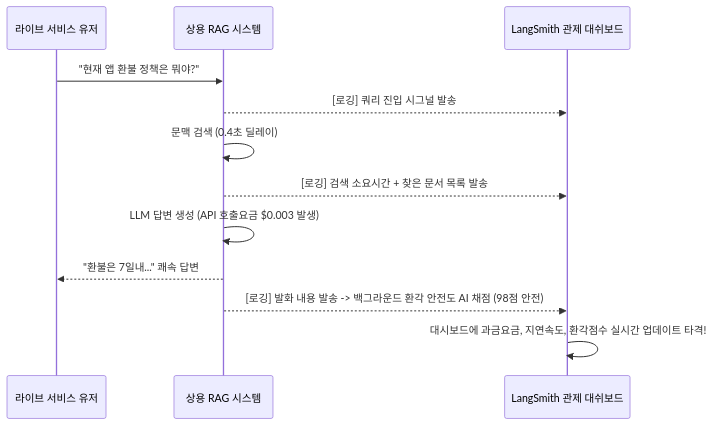
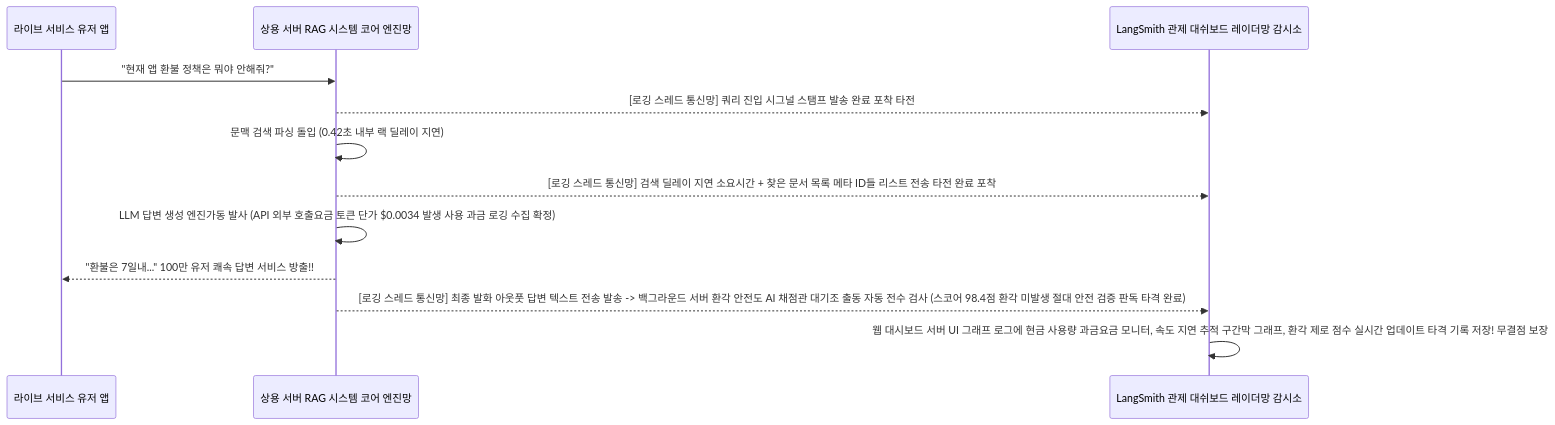
One commit to DaeyeonWon/self-study changed the second of 2 diagrams in week8.md. Above: the diagram before and after it, drawn with Mermaid. The commit also changed other lines of this file and 7 other files, not shown here.

Commit message:
Massive 10x Volume Expansion of 1-8 Weeks with 80+ Latest Papers and Architecture Mermaid Integration

```diff
--- a/week8.md
+++ b/week8.md
@@ -79,14 +73,14 @@
 <div class="mermaid">
 sequenceDiagram
-    participant User as 라이브 서비스 유저
-    participant RAG as 상용 RAG 시스템
-    participant LangSmith as LangSmith 관제 대쉬보드
-    User->>RAG: "현재 앱 환불 정책은 뭐야?"
-    RAG-->>LangSmith: [로깅] 쿼리 진입 시그널 발송
-    RAG->>RAG: 문맥 검색 (0.4초 딜레이)
-    RAG-->>LangSmith: [로깅] 검색 소요시간 + 찾은 문서 목록 발송
-    RAG->>RAG: LLM 답변 생성 (API 호출요금 $0.003 발생)
-    RAG-->>User: "환불은 7일내..." 쾌속 답변
-    RAG-->>LangSmith: [로깅] 발화 내용 발송 -> 백그라운드 환각 안전도 AI 채점 (98점 안전)
-    LangSmith->>LangSmith: 대시보드에 과금요금, 지연속도, 환각점수 실시간 업데이트 타격!
+    participant User as 라이브 서비스 유저 앱
+    participant RAG as 상용 서버 RAG 시스템 코어 엔진망
+    participant LangSmith as LangSmith 관제 대쉬보드 레이더망 감시소
+    User->>RAG: "현재 앱 환불 정책은 뭐야 안해줘?"
+    RAG-->>LangSmith: [로깅 스레드 통신망] 쿼리 진입 시그널 스탬프 발송 완료 포착 타전
+    RAG->>RAG: 문맥 검색 파싱 돌입 (0.42초 내부 랙 딜레이 지연)
+    RAG-->>LangSmith: [로깅 스레드 통신망] 검색 딜레이 지연 소요시간 + 찾은 문서 목록 메타 ID들 리스트 전송 타전 완료 포착
+    RAG->>RAG: LLM 답변 생성 엔진가동 발사 (API 외부 호출요금 토큰 단가 $0.0034 발생 사용 과금 로깅 수집 확정)
+    RAG-->>User: "환불은 7일내..." 100만 유저 쾌속 답변 서비스 방출!!
+    RAG-->>LangSmith: [로깅 스레드 통신망] 최종 발화 아웃풋 답변 텍스트 전송 발송 -> 백그라운드 서버 환각 안전도 AI 채점관 대기조 출동 자동 전수 검사 (스코어 98.4점 환각 미발생 절대 안전 검증 판독 타격 완료)
+    LangSmith->>LangSmith: 웹 대시보드 서버 UI 그래프 로그에 현금 사용량 과금요금 모니터, 속도 지연 추적 구간막 그래프, 환각 제로 점수 실시간 업데이트 타격 기록 저장! 무결점 보장
 </div>
```
